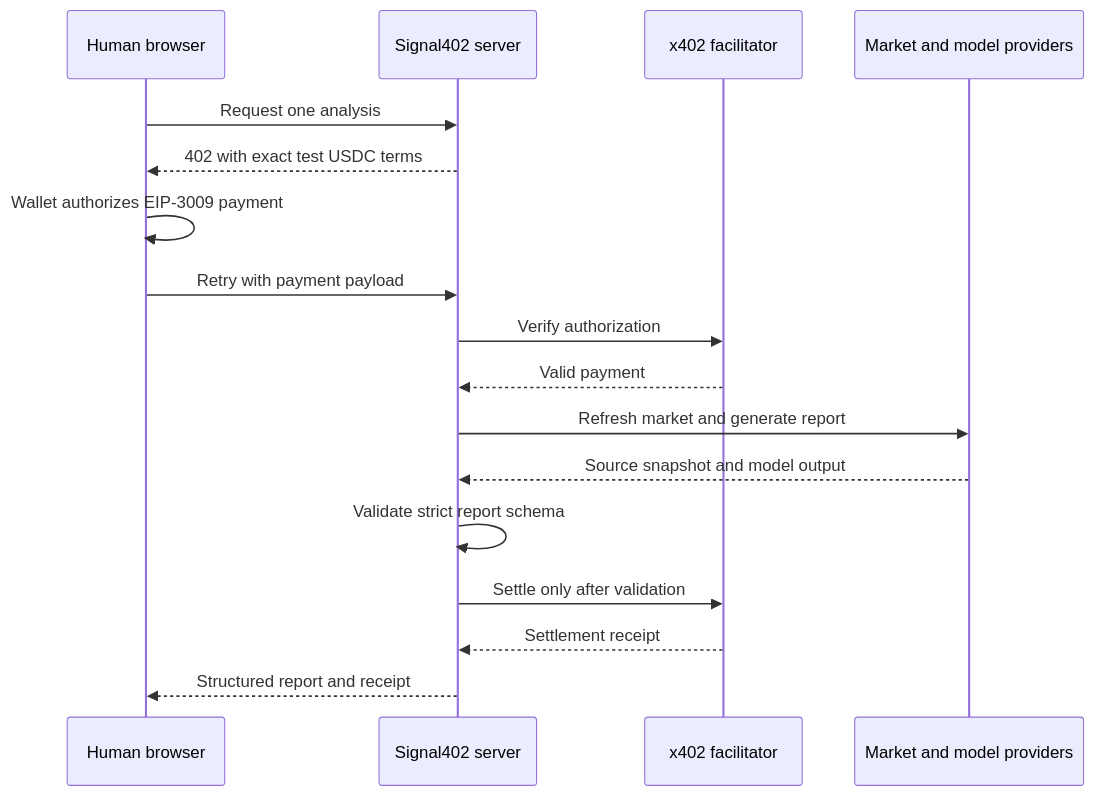
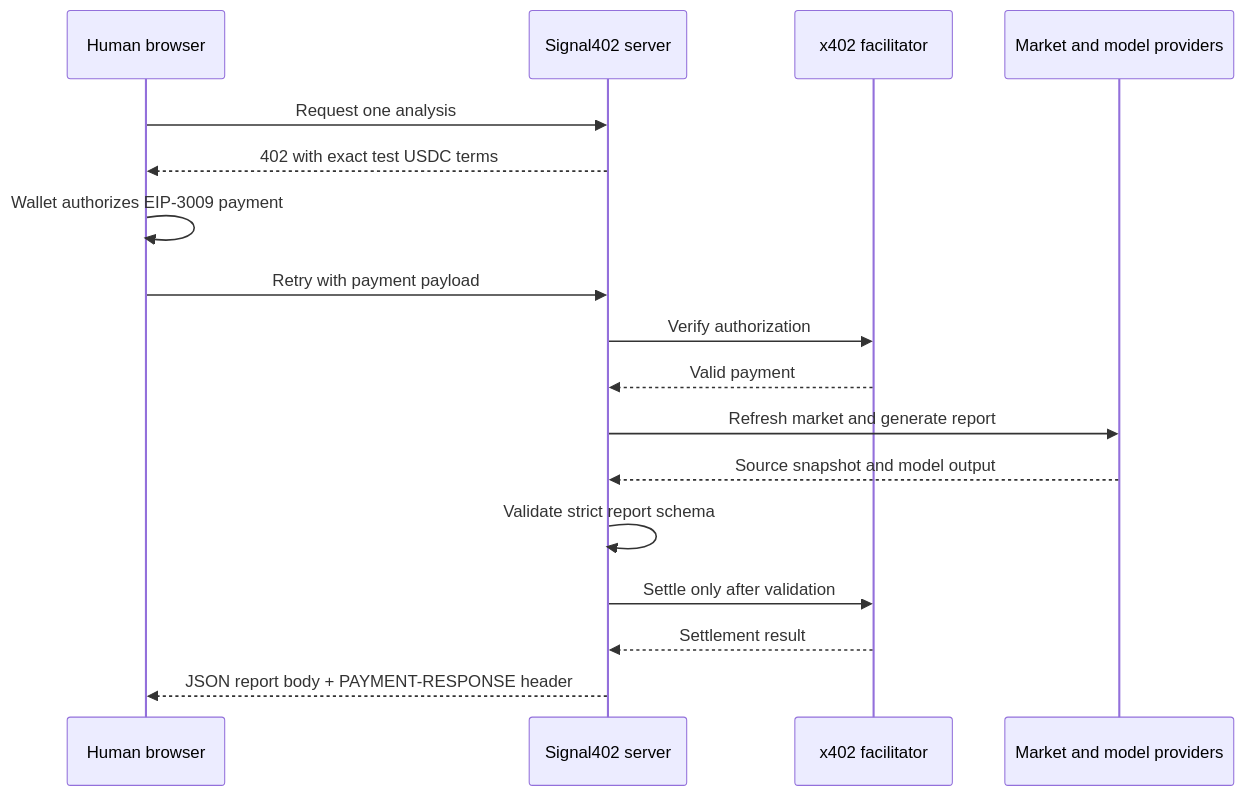
The first of 2 diagrams in docs/agent-protocol-wireframe.md (zedili/Signal402-Arbitrum-Singapore), drawn with Mermaid before and after one commit. The commit also changed other lines of this file and 4 other files, not shown here.

````diff
--- a/docs/agent-protocol-wireframe.md
+++ b/docs/agent-protocol-wireframe.md
@@ -12,20 +12,20 @@
 ```mermaid
 sequenceDiagram
     participant H as Human browser
     participant S as Signal402 server
     participant F as x402 facilitator
     participant M as Market and model providers
 
     H->>S: Request one analysis
     S-->>H: 402 with exact test USDC terms
     H->>H: Wallet authorizes EIP-3009 payment
     H->>S: Retry with payment payload
     S->>F: Verify authorization
     F-->>S: Valid payment
     S->>M: Refresh market and generate report
     M-->>S: Source snapshot and model output
     S->>S: Validate strict report schema
     S->>F: Settle only after validation
-    F-->>S: Settlement receipt
-    S-->>H: Structured report and receipt
+    F-->>S: Settlement result
+    S-->>H: JSON report body + PAYMENT-RESPONSE header
 ```
````
